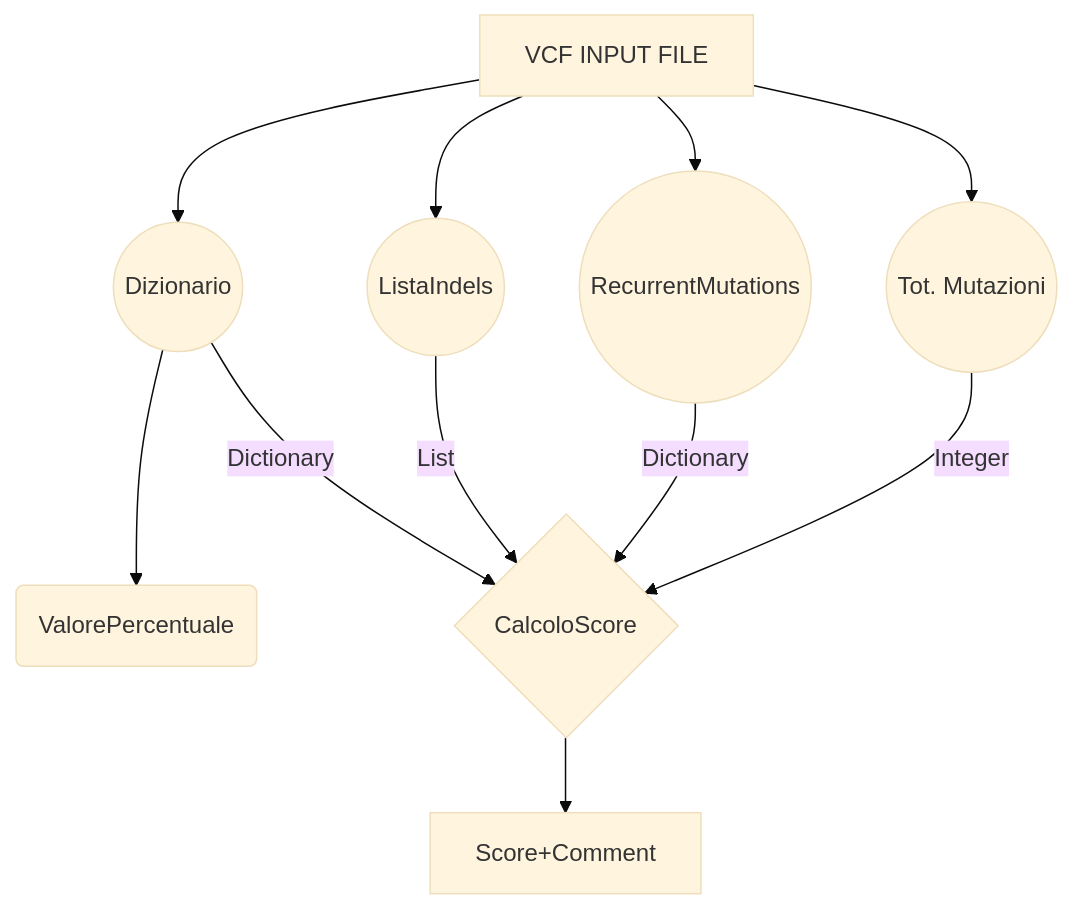
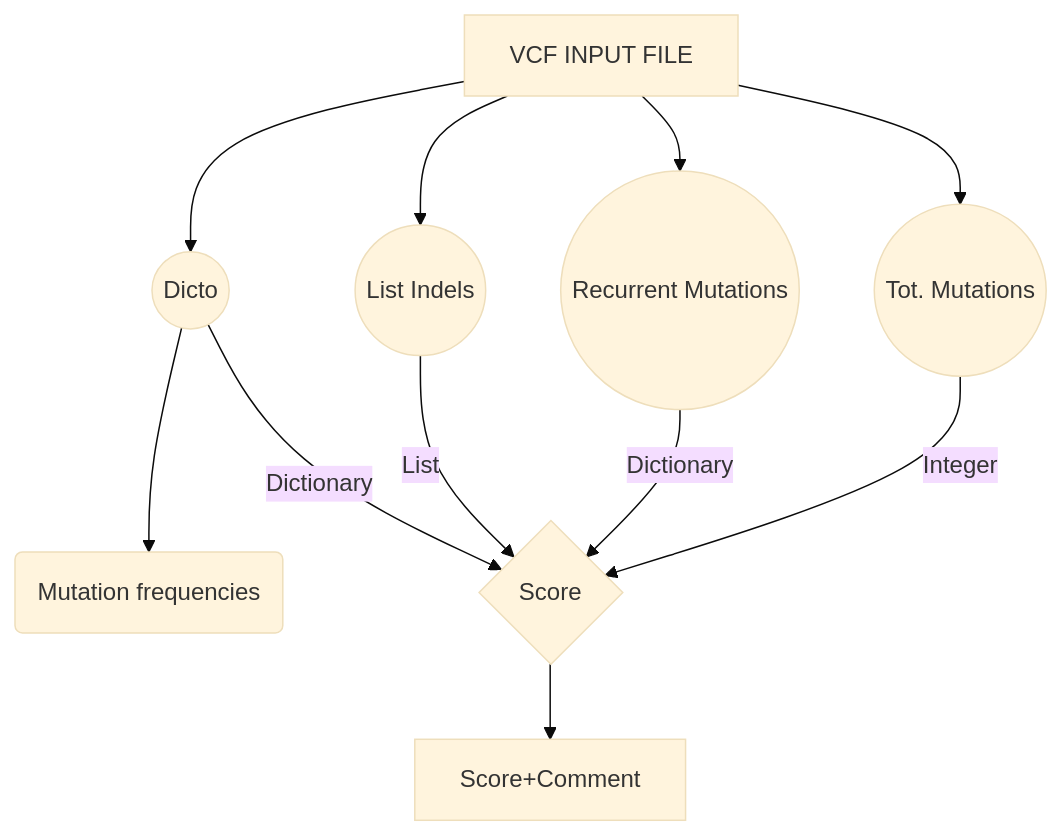
The first of 2 diagrams in README.md (bioinformatics-policlinicogemelli/POLE), drawn with Mermaid (base theme) before and after one commit.

````diff
--- a/README.md
+++ b/README.md
@@ -55,12 +55,12 @@
 ```mermaid
 graph TD
-A[VCF INPUT FILE] --> B((Dizionario))
-A --> D((Tot. Mutazioni))
-A --> C((ListaIndels))
-A --> R((RecurrentMutations))
-B --> F(ValorePercentuale)
-B -- Dictionary--> E{CalcoloScore}
+A[VCF INPUT FILE] --> B((Dicto))
+A --> D((Tot. Mutations))
+A --> C((List Indels))
+A --> R((Recurrent Mutations))
+B --> F(Mutation frequencies)
+B -- Dictionary--> E{Score}
 C -- List --> E
 R -- Dictionary --> E
 D -- Integer --> E --> Score+Comment
 ```
````
